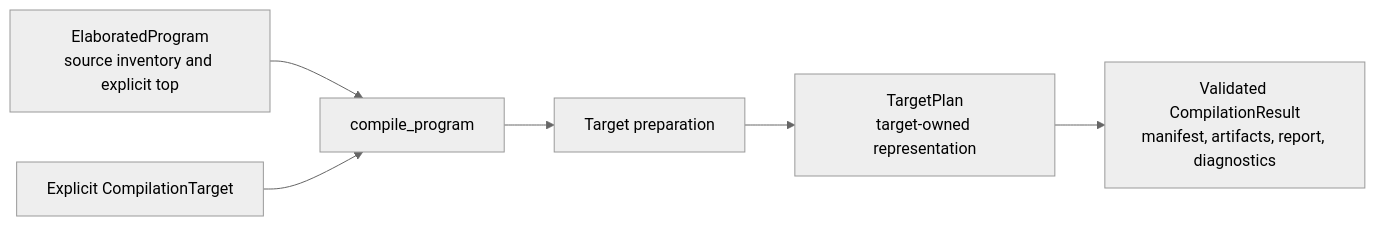
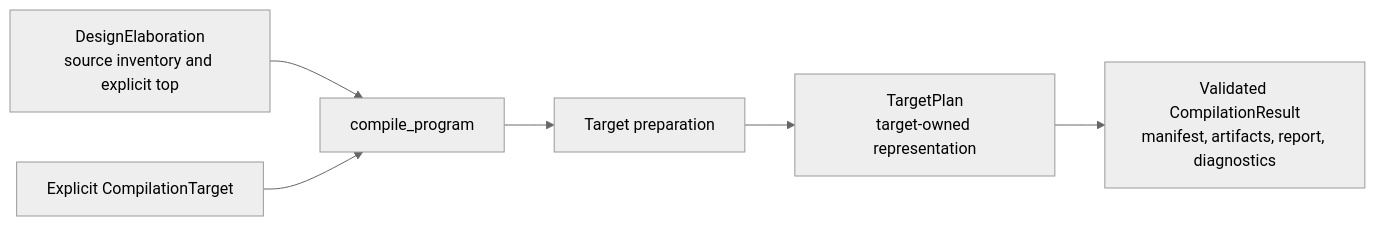
Before and after one commit to jerryz123/rhodium: the diagram in rhodium/compile/README.md, drawn with Mermaid (neutral theme). The commit also changed other lines of this file and 61 other files, not shown here.

````diff
--- a/rhodium/compile/README.md
+++ b/rhodium/compile/README.md
@@ -40,8 +40,8 @@
 ```mermaid
 flowchart LR
-    Program["ElaboratedProgram<br/>source inventory and explicit top"] --> Compile["compile_program"]
+    Program["DesignElaboration<br/>source inventory and explicit top"] --> Compile["compile_program"]
     Target["Explicit CompilationTarget"] --> Compile
     Compile --> Prepare["Target preparation"]
     Prepare --> Plan["TargetPlan<br/>target-owned representation"]
     Plan --> Result["Validated CompilationResult<br/>manifest, artifacts, report, diagnostics"]
 ```
````
